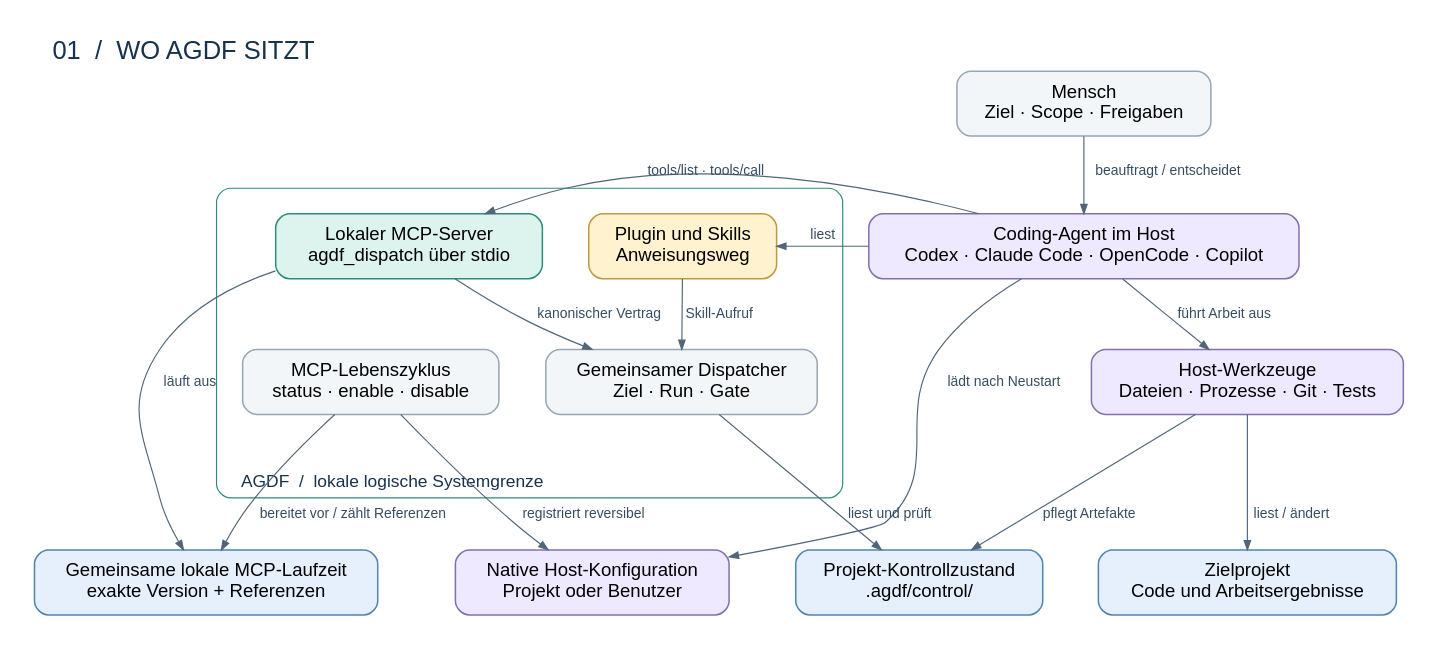
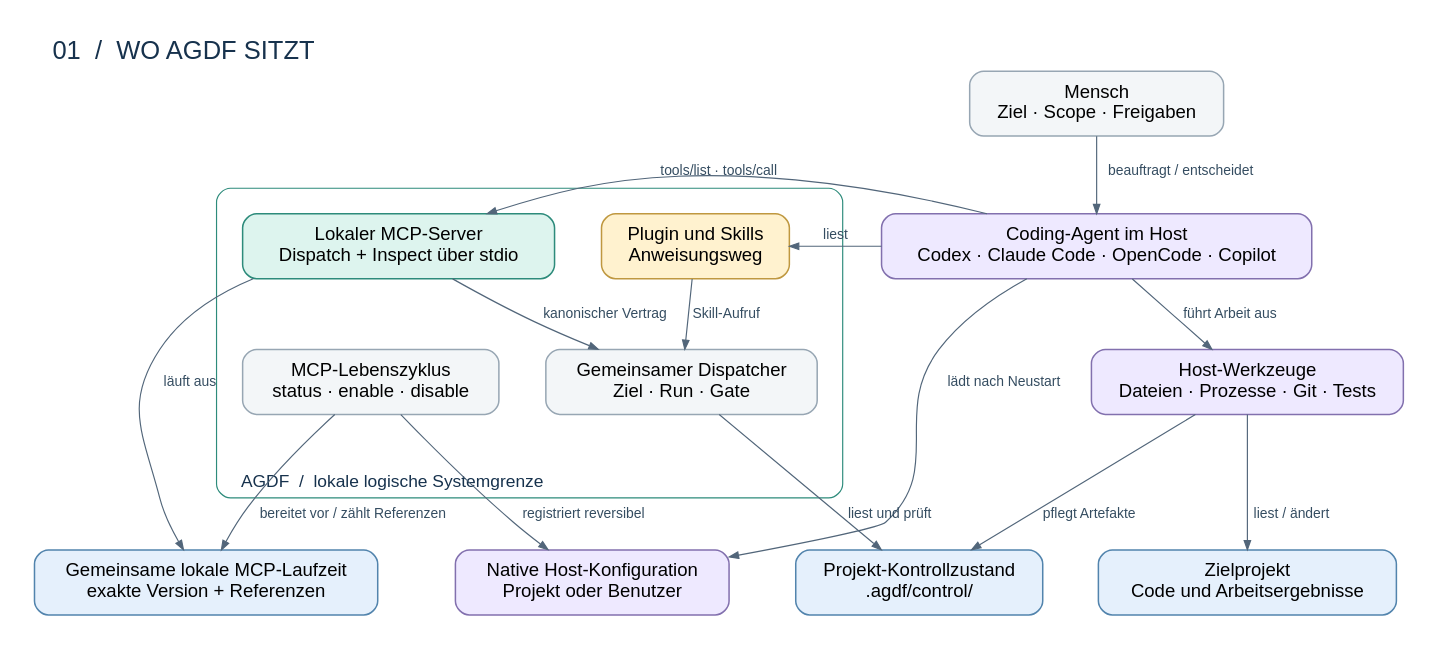
Before and after one commit to ArndtGold/ai-native-governance-delivery-framework: the diagram in docs/architecture/diagrams/01-context.dot, drawn with Graphviz. The commit also changed 118 other files, not shown here.

```diff
--- a/docs/architecture/diagrams/01-context.dot
+++ b/docs/architecture/diagrams/01-context.dot
@@ -1,40 +1,40 @@
 digraph context {
   graph [rankdir=TB, newrank=true, bgcolor="white", pad=0.3, nodesep=0.55, ranksep=0.65, fontname="Helvetica", label="01  /  WO AGDF SITZT", labelloc=t, labeljust=l, fontsize=22, fontcolor="#17324D"];
   node [shape=box, style="rounded,filled", color="#97A6B3", fillcolor="#F3F6F8", fontname="Helvetica", fontsize=16, margin="0.20,0.14", penwidth=1.3];
   edge [color="#52667A", arrowsize=0.8, fontname="Helvetica", fontsize=12, fontcolor="#354D61"];
 
   human [label="Mensch\nZiel · Scope · Freigaben"];
   host [label="Coding-Agent im Host\nCodex · Claude Code · OpenCode · Copilot", fillcolor="#EEE9FF", color="#8270AE"];
 
   subgraph cluster_agdf {
     label="AGDF  /  lokale logische Systemgrenze"; labelloc=b; fontsize=15; color="#2D8B7B"; style=rounded; margin=22;
     guidance [label="Plugin und Skills\nAnweisungsweg", fillcolor="#FFF2CF", color="#BF9840"];
-    mcp [label="Lokaler MCP-Server\nagdf_dispatch über stdio", fillcolor="#DDF4EE", color="#2D8B7B"];
+    mcp [label="Lokaler MCP-Server\nDispatch + Inspect über stdio", fillcolor="#DDF4EE", color="#2D8B7B"];
     dispatch [label="Gemeinsamer Dispatcher\nZiel · Run · Gate"];
     lifecycle [label="MCP-Lebenszyklus\nstatus · enable · disable"];
   }
 
   config [label="Native Host-Konfiguration\nProjekt oder Benutzer", fillcolor="#EEE9FF", color="#8270AE"];
   runtime [label="Gemeinsame lokale MCP-Laufzeit\nexakte Version + Referenzen", fillcolor="#E5F0FC", color="#5284AD"];
   tools [label="Host-Werkzeuge\nDateien · Prozesse · Git · Tests", fillcolor="#EEE9FF", color="#8270AE"];
   code [label="Zielprojekt\nCode und Arbeitsergebnisse", fillcolor="#E5F0FC", color="#5284AD"];
   state [label="Projekt-Kontrollzustand\n.agdf/control/", fillcolor="#E5F0FC", color="#5284AD"];
 
   human -> host [label="beauftragt / entscheidet"];
   host -> guidance [label="liest"];
   host -> mcp [label="tools/list · tools/call"];
   guidance -> dispatch [label="Skill-Aufruf"];
   mcp -> dispatch [label="kanonischer Vertrag"];
   dispatch -> state [label="liest und prüft"];
   host -> tools [label="führt Arbeit aus"];
   tools -> code [label="liest / ändert"];
   tools -> state [label="pflegt Artefakte"];
   lifecycle -> config [label="registriert reversibel"];
   lifecycle -> runtime [label="bereitet vor / zählt Referenzen"];
   host -> config [label="lädt nach Neustart"];
   mcp -> runtime [label="läuft aus"];
 
   {rank=same; host; guidance; mcp;}
   {rank=same; tools; dispatch; lifecycle;}
   {rank=same; code; state; config; runtime;}
 }
```
